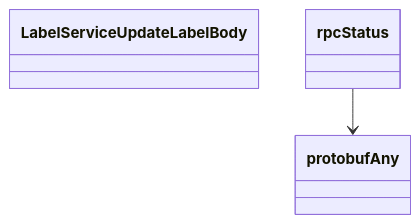
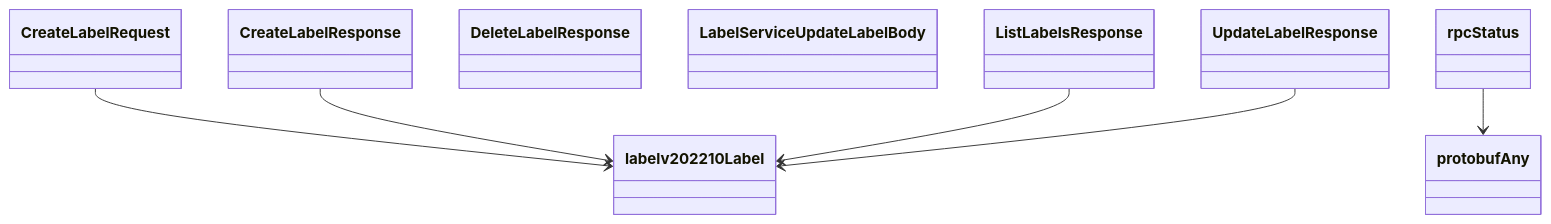
Before and after one commit to alexdearaujo/community_sdk_python: the tenth of 10 diagrams in docs/sphinx/services/label.md, drawn with Mermaid. The commit also changed other lines of this file and 38 other files, not shown here.

````diff
--- a/docs/sphinx/services/label.md
+++ b/docs/sphinx/services/label.md
@@ -331,7 +331,17 @@
 ```mermaid
 classDiagram
+    class CreateLabelRequest
+    class CreateLabelResponse
+    class DeleteLabelResponse
     class LabelServiceUpdateLabelBody
+    class ListLabelsResponse
+    class UpdateLabelResponse
+    class labelv202210Label
     class protobufAny
     class rpcStatus
+    CreateLabelRequest --> labelv202210Label
+    CreateLabelResponse --> labelv202210Label
+    ListLabelsResponse --> labelv202210Label
+    UpdateLabelResponse --> labelv202210Label
     rpcStatus --> protobufAny
 ```
````
